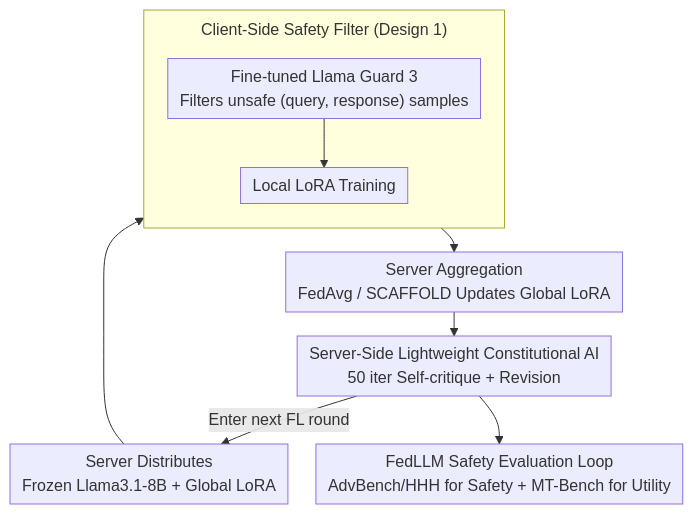
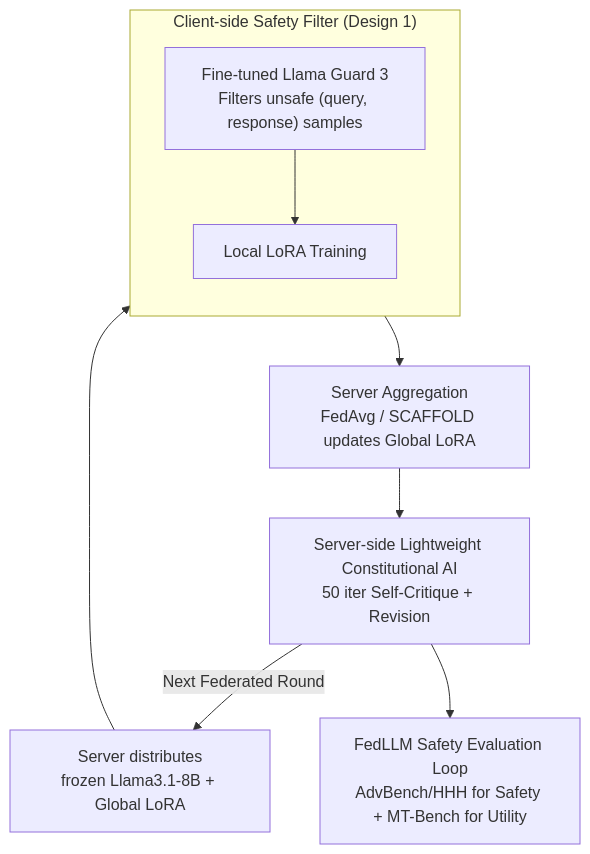
The diagram in docs/ACL2026/llm_safety/responsible_federated_llms_via_safety_filtering_and_constitutional_ai.md (zhaoyang97/Paper-Notes-en), drawn with Mermaid before and after one commit. The commit also changed other lines of this file and 5084 other files, not shown here.

````diff
--- a/docs/ACL2026/llm_safety/responsible_federated_llms_via_safety_filtering_and_constitutional_ai.md
+++ b/docs/ACL2026/llm_safety/responsible_federated_llms_via_safety_filtering_and_constitutional_ai.md
@@ -46,13 +46,12 @@
 ```mermaid
-%%{init: {'flowchart': {'rankSpacing': 24, 'nodeSpacing': 28, 'padding': 6, 'wrappingWidth': 400, 'subGraphTitleMargin': {'top': 8, 'bottom': 16}}}}%%
-flowchart TD
-    S0["Server Distributes<br/>Frozen Llama3.1-8B + Global LoRA"] --> CF
-    subgraph CLIENT["Client-Side Safety Filter (Design 1)"]
+graph TD
+    S0["Server distributes<br/>frozen Llama3.1-8B + Global LoRA"] --> CF
+    subgraph CLIENT["Client-side Safety Filter (Design 1)"]
         direction TB
         CF["Fine-tuned Llama Guard 3<br/>Filters unsafe (query, response) samples"] --> CT["Local LoRA Training"]
     end
-    CT --> AGG["Server Aggregation<br/>FedAvg / SCAFFOLD Updates Global LoRA"]
-    AGG --> CAI["Server-Side Lightweight Constitutional AI<br/>50 iter Self-critique + Revision"]
-    CAI -->|Enter next FL round| S0
+    CT --> AGG["Server Aggregation<br/>FedAvg / SCAFFOLD updates Global LoRA"]
+    AGG --> CAI["Server-side Lightweight Constitutional AI<br/>50 iter Self-Critique + Revision"]
+    CAI -->|Next Federated Round| S0
     CAI --> EVAL["FedLLM Safety Evaluation Loop<br/>AdvBench/HHH for Safety + MT-Bench for Utility"]
 ```
````
